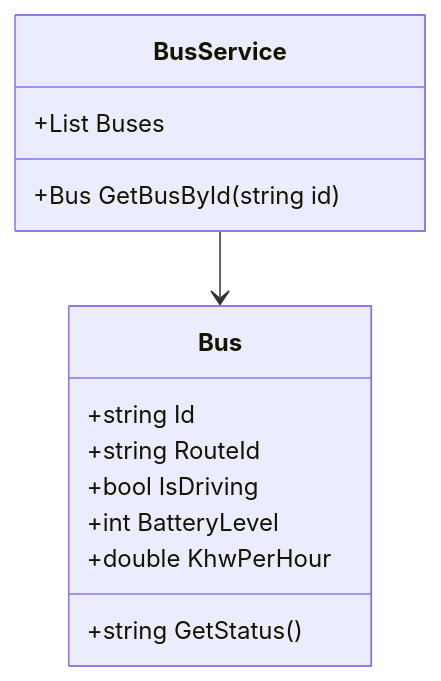
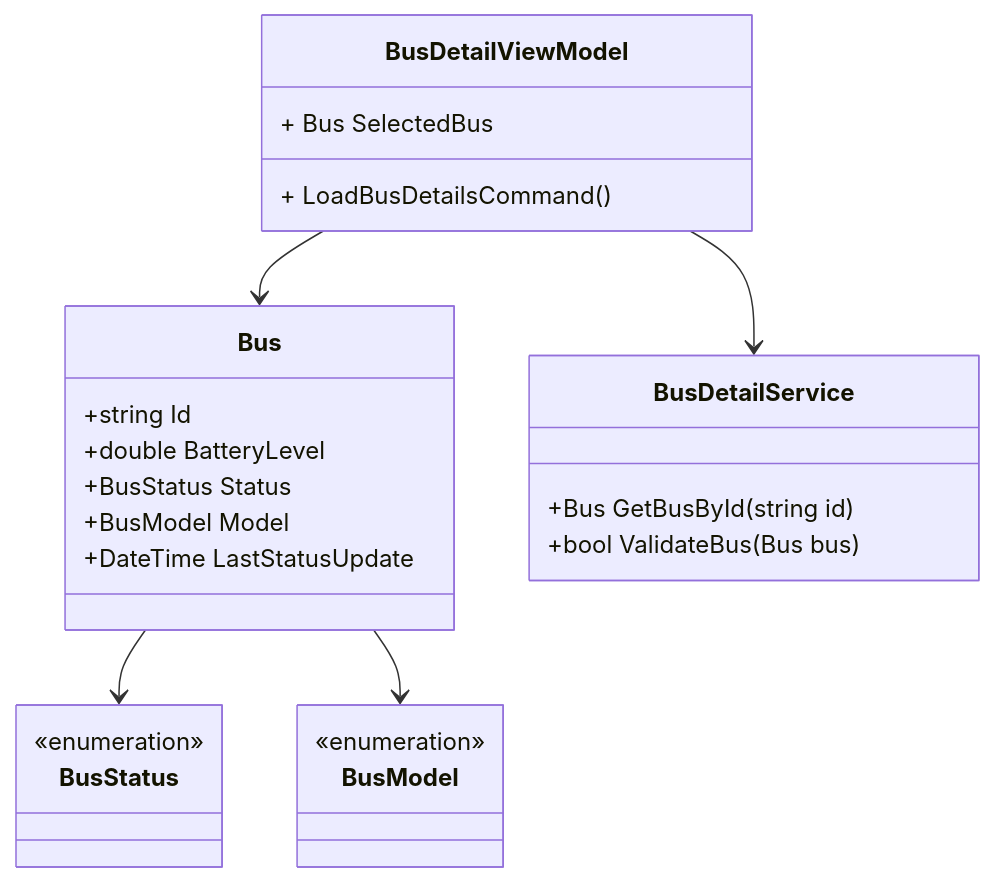
One commit to DMOof2025-Team-6/Getting-Real changed the diagram in Dokumentation/Iteration 3/Use Case 6/DCD.mmd. Above: the diagram before and after it, drawn with Mermaid. The commit also changed 14 other files, not shown here.

```diff
--- a/Dokumentation/Iteration 3/Use Case 6/DCD.mmd
+++ b/Dokumentation/Iteration 3/Use Case 6/DCD.mmd
@@ -1,16 +1,32 @@
+%% DCD (Design Class Diagram) for Use Case 6
 classDiagram
+    class BusDetailViewModel {
+        + Bus SelectedBus
+        + LoadBusDetailsCommand()
+    }
+ 
     class Bus {
         +string Id
-        +string RouteId
-        +bool IsDriving
-        +int BatteryLevel
-        +double KhwPerHour
-        +string GetStatus()
+        +double BatteryLevel
+        +BusStatus Status
+        +BusModel Model
+        +DateTime LastStatusUpdate
+    }
+ 
+    class BusDetailService {
+        +Bus GetBusById(string id)
+        +bool ValidateBus(Bus bus)
     }
 
-    class BusService {
-        +List<Bus> Buses
-        +Bus GetBusById(string id)
+    class BusStatus {
+        <<enumeration>>
     }
 
-    BusService --> Bus
+    class BusModel {
+        <<enumeration>>
+    }
+ 
+    BusDetailViewModel --> BusDetailService
+    BusDetailViewModel --> Bus
+    Bus --> BusStatus
+    Bus --> BusModel
```
